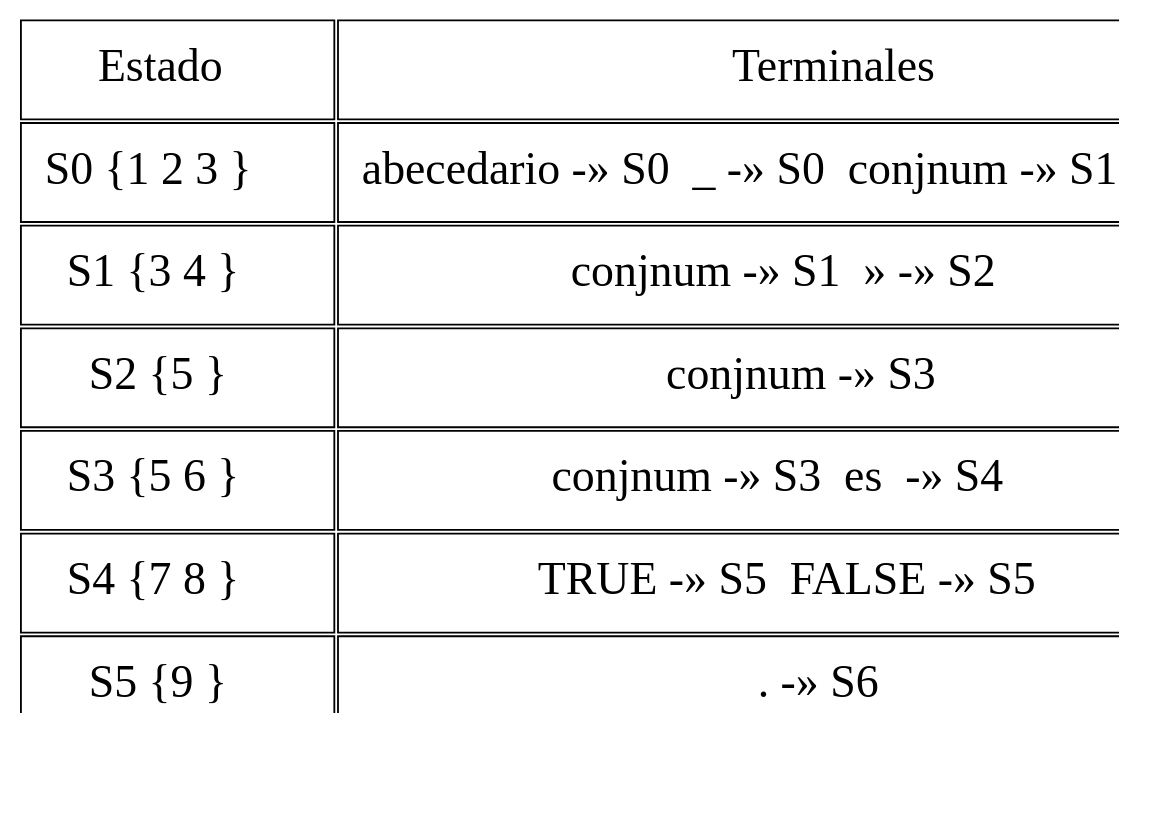
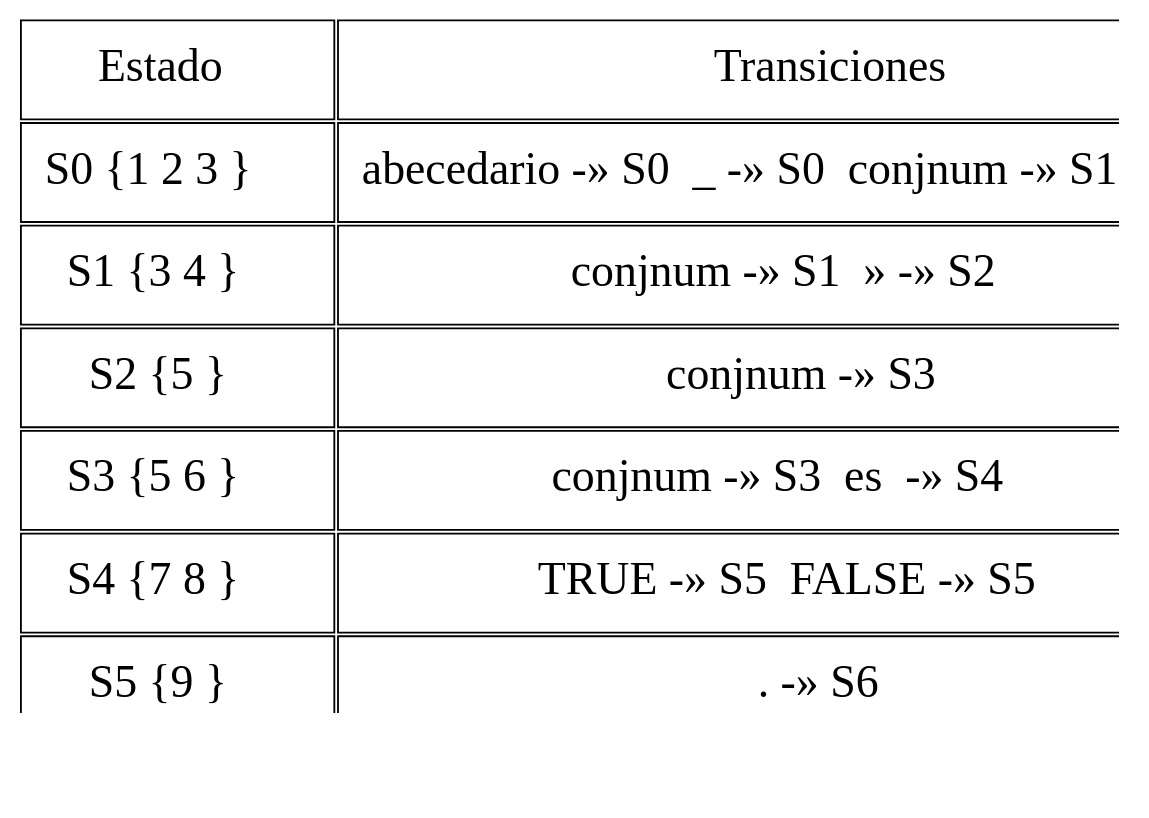
The diagram in trans_Expresion3.dot (montherbasir/Practica1_OLC1), drawn with Graphviz before and after one commit. The commit also changed 30 other files, not shown here.

```diff
--- a/trans_Expresion3.dot
+++ b/trans_Expresion3.dot
@@ -1,17 +1,17 @@
 digraph {
 splines="line";
 rankdir = TB;
 node [shape=plain, height=0.5, width=1.5, fontsize=25];
 graph[dpi=90];
 
 N [label=<
 <table border="0" cellborder="1" cellpadding="12">
-  <tr><td>Estado</td><td colspan="9">Terminales</td></tr>  <tr><td>S0 {1 2 3 }</td><td>abecedario -» S0  _ -» S0  conjnum -» S1  </td></tr>
+  <tr><td>Estado</td><td colspan="9">Transiciones</td></tr>  <tr><td>S0 {1 2 3 }</td><td>abecedario -» S0  _ -» S0  conjnum -» S1  </td></tr>
   <tr><td>S1 {3 4 }</td><td>conjnum -» S1  » -» S2  </td></tr>
   <tr><td>S2 {5 }</td><td>conjnum -» S3  </td></tr>
   <tr><td>S3 {5 6 }</td><td>conjnum -» S3  es  -» S4  </td></tr>
   <tr><td>S4 {7 8 }</td><td>TRUE -» S5  FALSE -» S5  </td></tr>
   <tr><td>S5 {9 }</td><td>. -» S6  </td></tr>
   <tr><td>S6 {10 }</td><td></td></tr>
 </table>>];
 }
```
